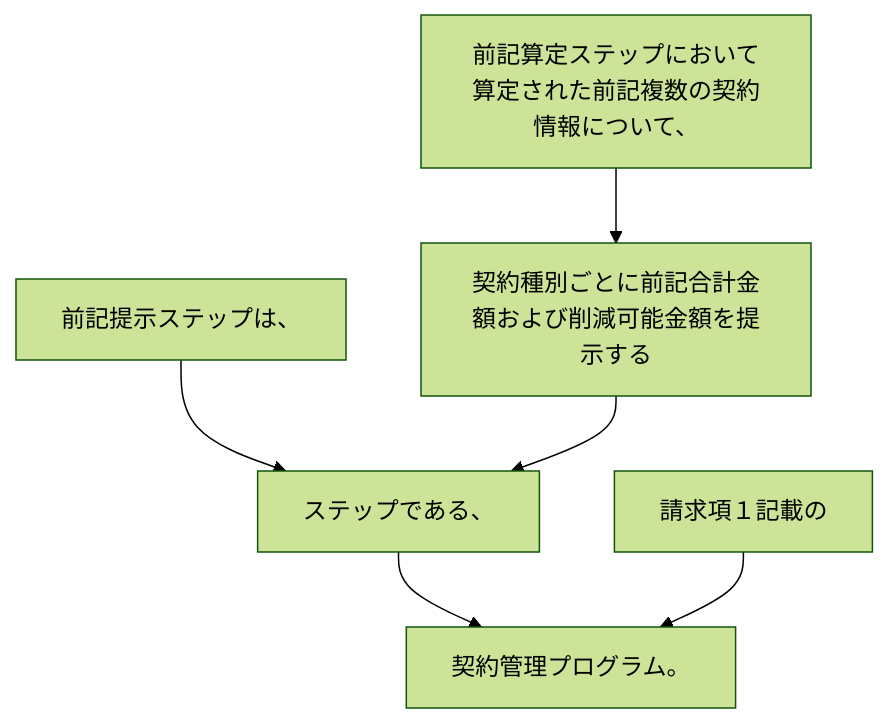
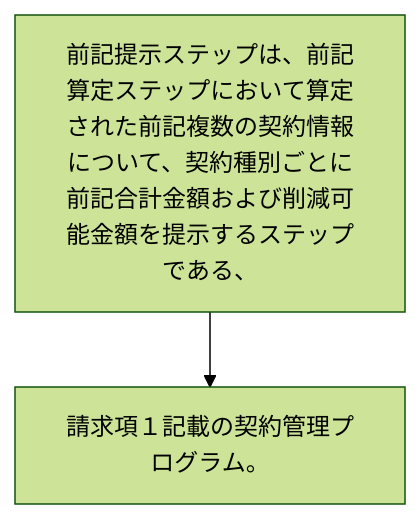
The diagram in 2024/JP2024014095A/claim_4/README.md (shinmori55/patent_analyzed), drawn with Mermaid (forest theme) before and after one commit. The commit also changed 27 other files, not shown here.

````diff
--- a/2024/JP2024014095A/claim_4/README.md
+++ b/2024/JP2024014095A/claim_4/README.md
@@ -3,14 +3,6 @@
 ```mermaid
 flowchart TD
-A[前記提示ステップは、]
-B[前記算定ステップにおいて算定された前記複数の契約情報について、]
-C[契約種別ごとに前記合計金額および削減可能金額を提示する]
-D[ステップである、]
-E[請求項１記載の]
-F[契約管理プログラム。]
-A --> D
-B --> C
-C --> D
-D --> F
-E --> F
+A[前記提示ステップは、前記算定ステップにおいて算定された前記複数の契約情報について、契約種別ごとに前記合計金額および削減可能金額を提示するステップである、]
+B[請求項１記載の契約管理プログラム。]
+A --> B
 ```
````
